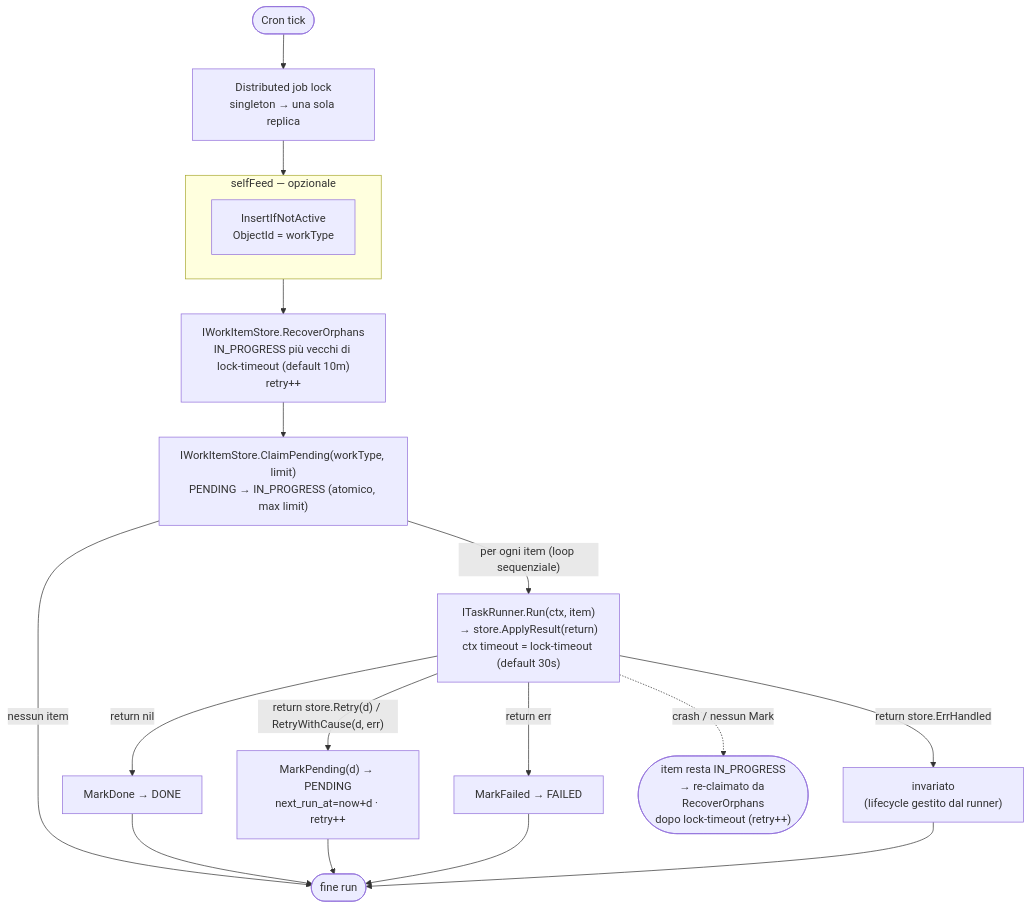
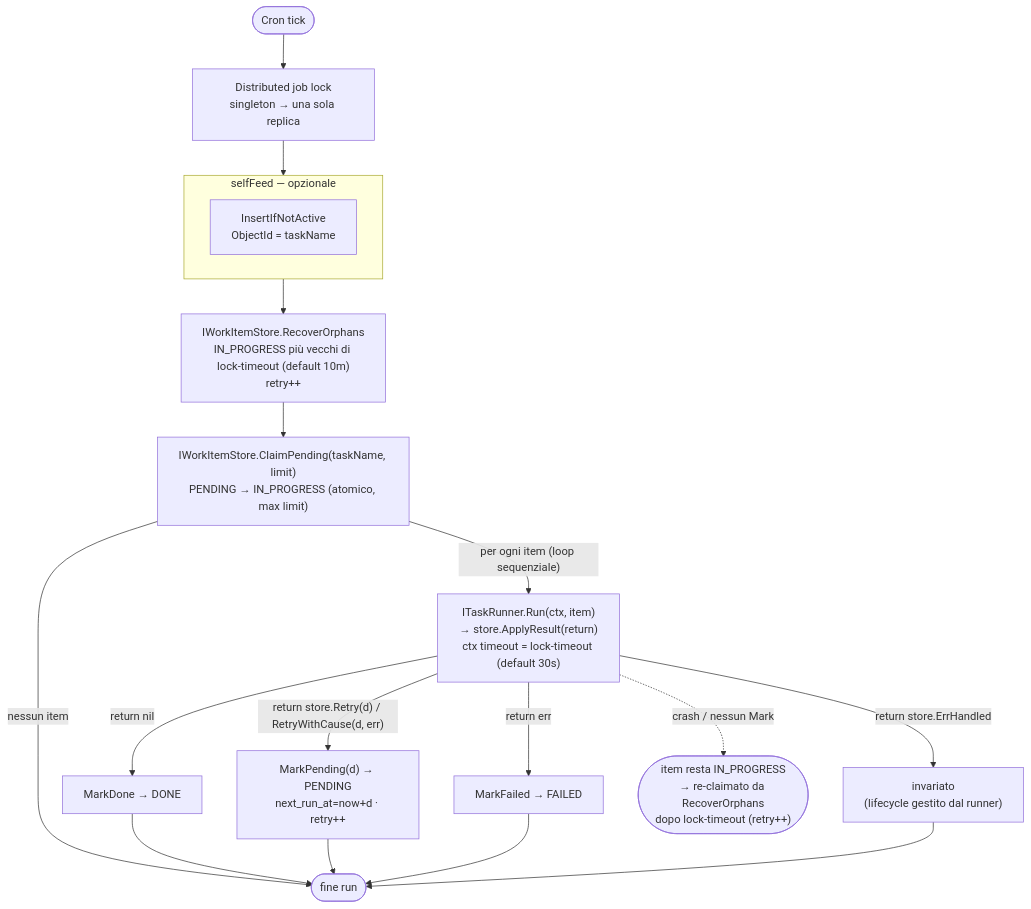
One commit to GPA-Gruppo-Progetti-Avanzati-SRL/go-core-batch changed the third of 3 diagrams in README.md. Above: the diagram before and after it, drawn with Mermaid. The commit also changed other lines of this file and 32 other files, not shown here.

First line of the commit message:
Update `TaskType` to `TaskName` across all modules

````diff
--- a/README.md
+++ b/README.md
@@ -655,18 +695,18 @@
 ```mermaid
 flowchart TD
     CRON([Cron tick]) --> LOCK["Distributed job lock\nsingleton → una sola replica"]
     LOCK --> SELF
     subgraph SELF["selfFeed — opzionale"]
-        SF["InsertIfNotActive\nObjectId = workType"]
+        SF["InsertIfNotActive\nObjectId = taskName"]
     end
     SELF --> RO["IWorkItemStore.RecoverOrphans\nIN_PROGRESS più vecchi di lock-timeout (default 10m)\nretry++"]
-    RO --> CP["IWorkItemStore.ClaimPending(workType, limit)\nPENDING → IN_PROGRESS (atomico, max limit)"]
+    RO --> CP["IWorkItemStore.ClaimPending(taskName, limit)\nPENDING → IN_PROGRESS (atomico, max limit)"]
     CP -- "nessun item" --> END([fine run])
     CP -- "per ogni item (loop sequenziale)" --> RUN["ITaskRunner.Run(ctx, item)\n→ store.ApplyResult(return)\nctx timeout = lock-timeout (default 30s)"]
     RUN -- "return nil" --> DONE["MarkDone → DONE"]
     RUN -- "return store.Retry(d) / RetryWithCause(d, err)" --> PEND["MarkPending(d) → PENDING\nnext_run_at=now+d · retry++"]
     RUN -- "return err" --> FAIL["MarkFailed → FAILED"]
     RUN -- "return store.ErrHandled" --> KEEP["invariato\n(lifecycle gestito dal runner)"]
     DONE & PEND & FAIL & KEEP --> END
     RUN -. "crash / nessun Mark" .-> STAY(["item resta IN_PROGRESS\n→ re-claimato da RecoverOrphans\ndopo lock-timeout (retry++)"])
 ```
````
